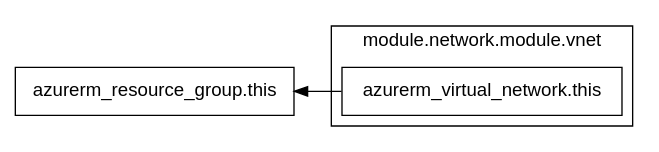
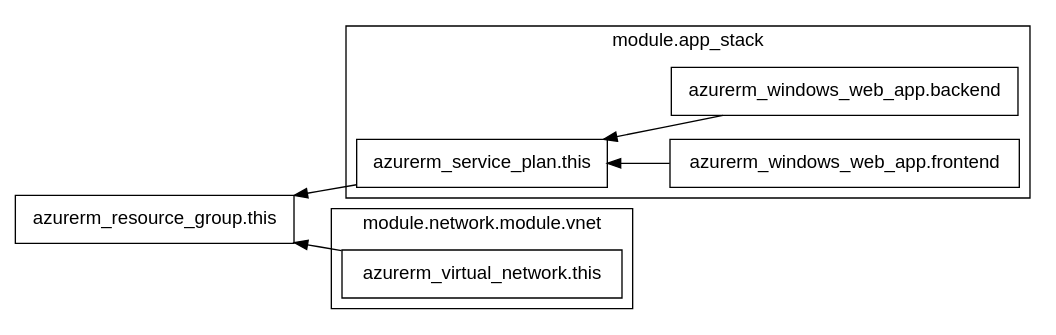
One commit to mconstant/NeuBankv2 changed the diagram in prod_infrastructure.dot. Above: the diagram before and after it, drawn with Graphviz. The commit also changed 1 other file, not shown here.

```diff
--- a/prod_infrastructure.dot
+++ b/prod_infrastructure.dot
@@ -1,11 +1,21 @@
 digraph G {
   rankdir = "RL";
   node [shape = rect, fontname = "sans-serif"];
   "azurerm_resource_group.this" [label="azurerm_resource_group.this"];
+  subgraph "cluster_module.app_stack" {
+    label = "module.app_stack"
+    fontname = "sans-serif"
+    "module.app_stack.azurerm_service_plan.this" [label="azurerm_service_plan.this"];
+    "module.app_stack.azurerm_windows_web_app.backend" [label="azurerm_windows_web_app.backend"];
+    "module.app_stack.azurerm_windows_web_app.frontend" [label="azurerm_windows_web_app.frontend"];
+  }
   subgraph "cluster_module.network.module.vnet" {
     label = "module.network.module.vnet"
     fontname = "sans-serif"
     "module.network.module.vnet.azurerm_virtual_network.this" [label="azurerm_virtual_network.this"];
   }
+  "module.app_stack.azurerm_service_plan.this" -> "azurerm_resource_group.this";
+  "module.app_stack.azurerm_windows_web_app.backend" -> "module.app_stack.azurerm_service_plan.this";
+  "module.app_stack.azurerm_windows_web_app.frontend" -> "module.app_stack.azurerm_service_plan.this";
   "module.network.module.vnet.azurerm_virtual_network.this" -> "azurerm_resource_group.this";
 }
```
